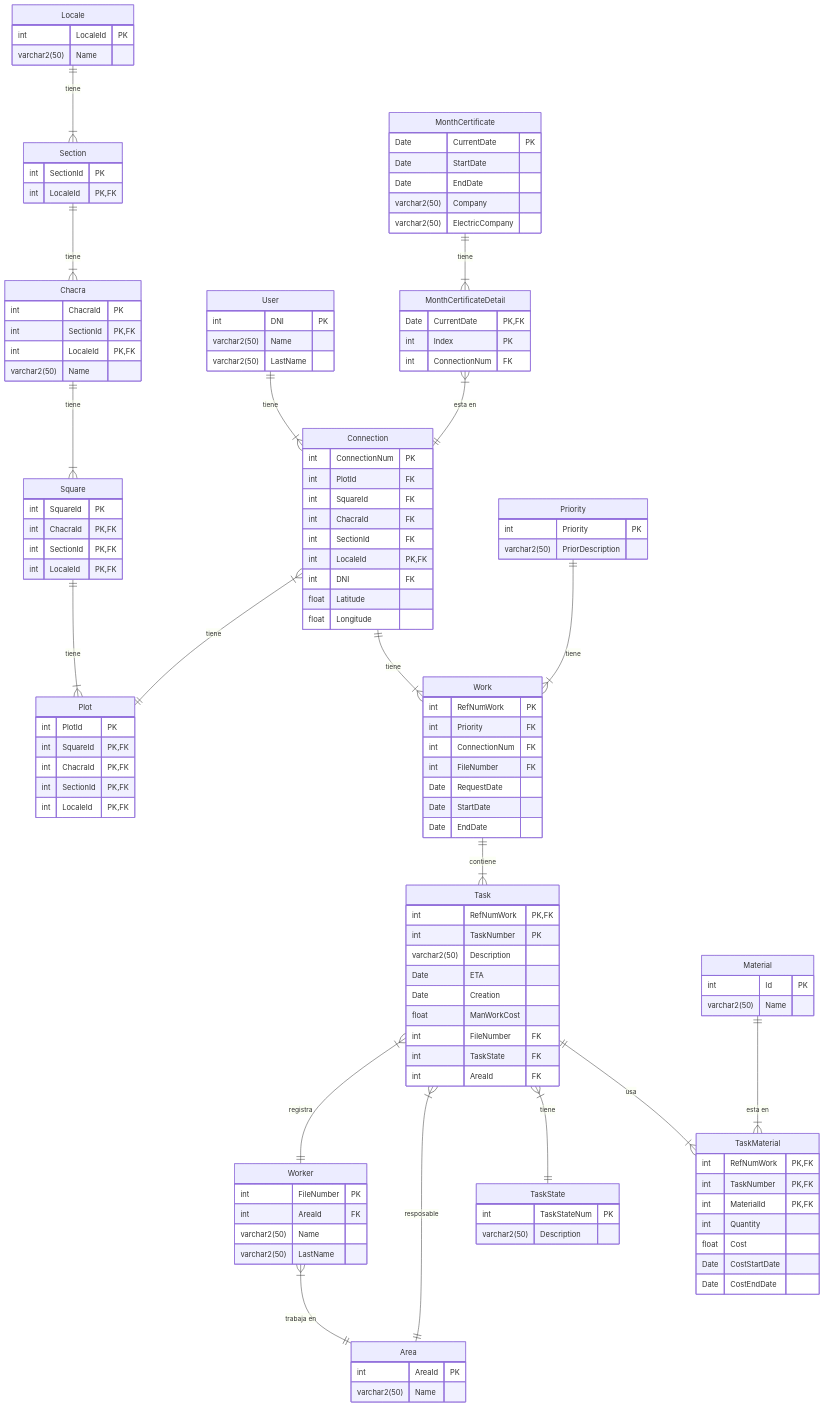
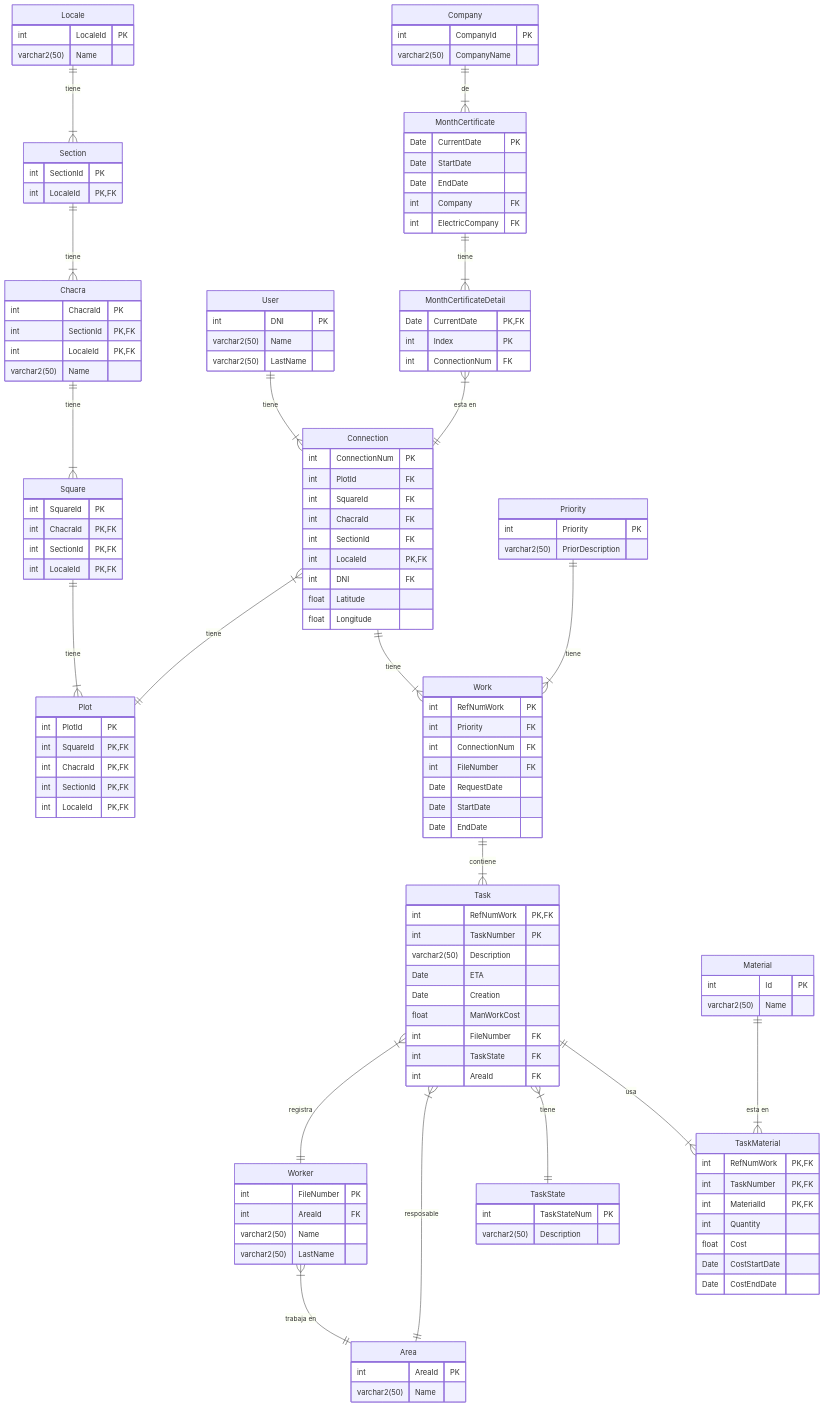
One commit to Oscar-Wohlfarhrt/TBD-2024-TPI changed the diagram in docs/DER.md. Above: the diagram before and after it, drawn with Mermaid. The commit also changed other lines of this file, not shown here.

```diff
--- a/docs/DER.md
+++ b/docs/DER.md
@@ -104,17 +104,22 @@
         Date CurrentDate PK
         Date StartDate
         Date EndDate
-        varchar2(50) Company
-        varchar2(50) ElectricCompany
+        int Company FK
+        int ElectricCompany FK
     }
     MonthCertificateDetail{
         Date CurrentDate PK,FK
         int Index PK
         int ConnectionNum FK
     }
+	Company{
+		int CompanyId PK
+		varchar2(50) CompanyName
+	}
 
-    MonthCertificate ||--|{ MonthCertificateDetail : tiene
+    MonthCertificate ||--|{ MonthCertificateDetail : "tiene"
     MonthCertificateDetail }|--|| Connection: "esta en"
+    Company ||--|{ MonthCertificate : "de"
     
 	Locale ||--|{ Section : tiene
 	Section ||--|{ Chacra : tiene
```
